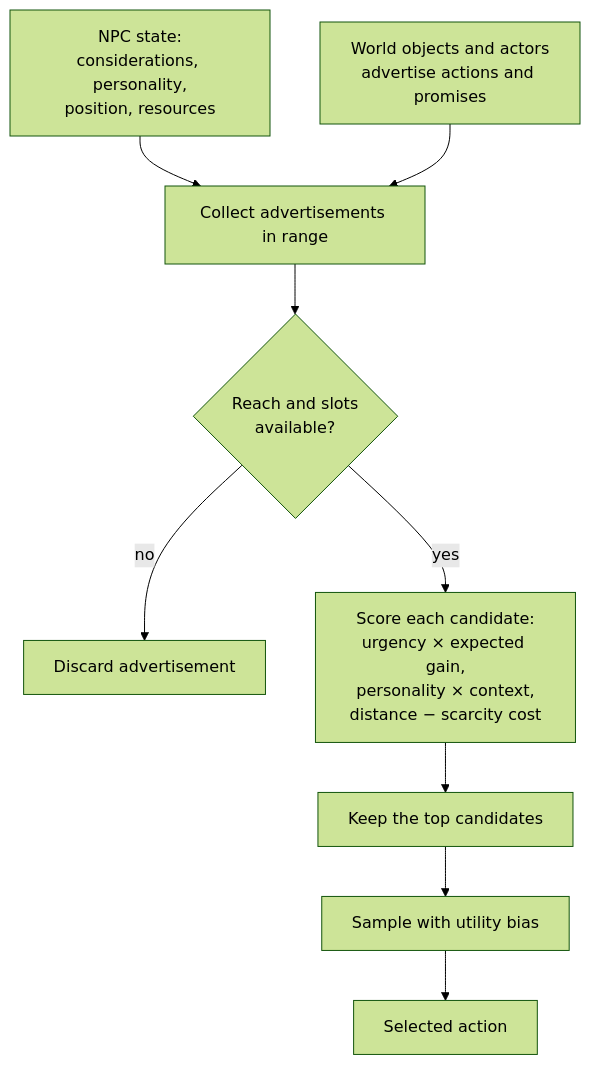
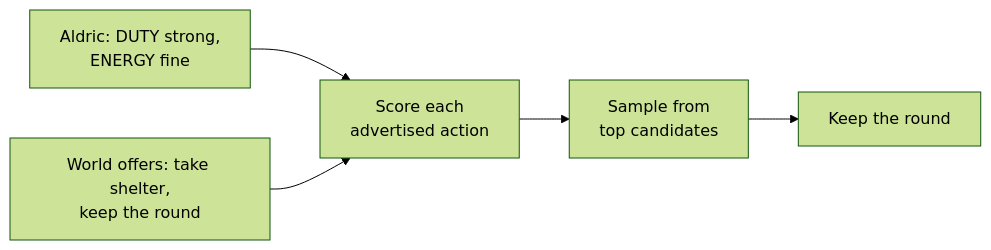
Before and after one commit to Otoru/geppetto: the second of 2 diagrams in README.md, drawn with Mermaid (forest theme). The commit also changed other lines of this file and 29 other files, not shown here.

````diff
--- a/README.md
+++ b/README.md
@@ -20,11 +17,7 @@
 ```mermaid
-flowchart TD
-    A[NPC state:<br/>considerations, personality,<br/>position, resources] --> B[Collect advertisements in range]
-    W[World objects and actors<br/>advertise actions and promises] --> B
-    B --> C{Reach and slots<br/>available?}
-    C -- no --> D[Discard advertisement]
-    C -- yes --> E[Score each candidate:<br/>urgency × expected gain,<br/>personality × context,<br/>distance − scarcity cost]
-    E --> F[Keep the top candidates]
-    F --> G[Sample with utility bias]
-    G --> H[Selected action]
+flowchart LR
+    C[Aldric: DUTY strong,<br/>ENERGY fine] --> S[Score each<br/>advertised action]
+    W[World offers: take shelter,<br/>keep the round] --> S
+    S --> P[Sample from<br/>top candidates]
+    P --> O[Keep the round]
 ```
````
